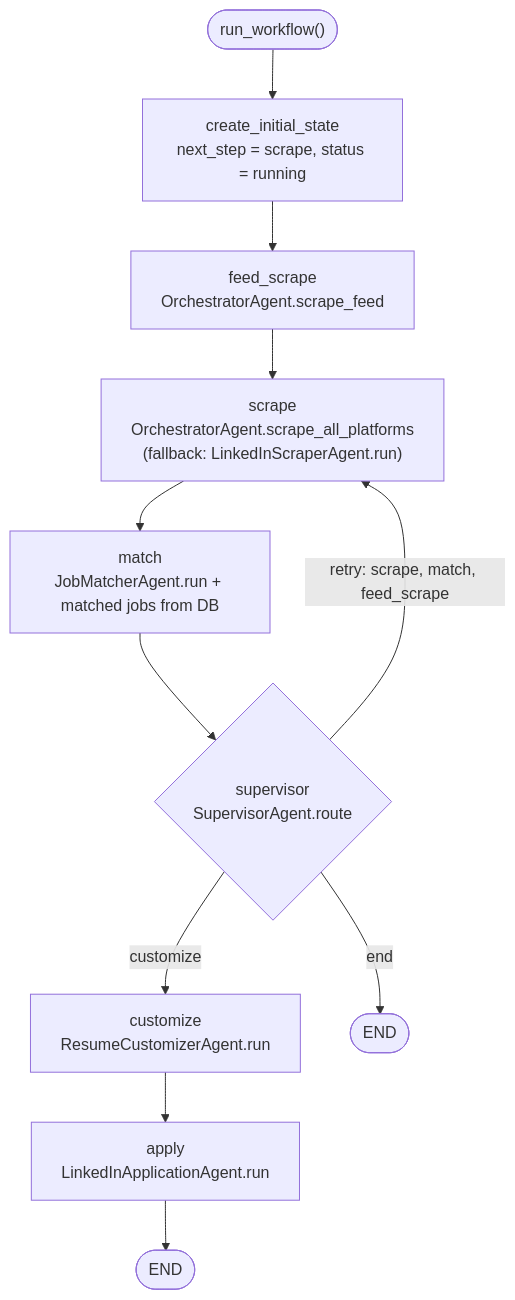
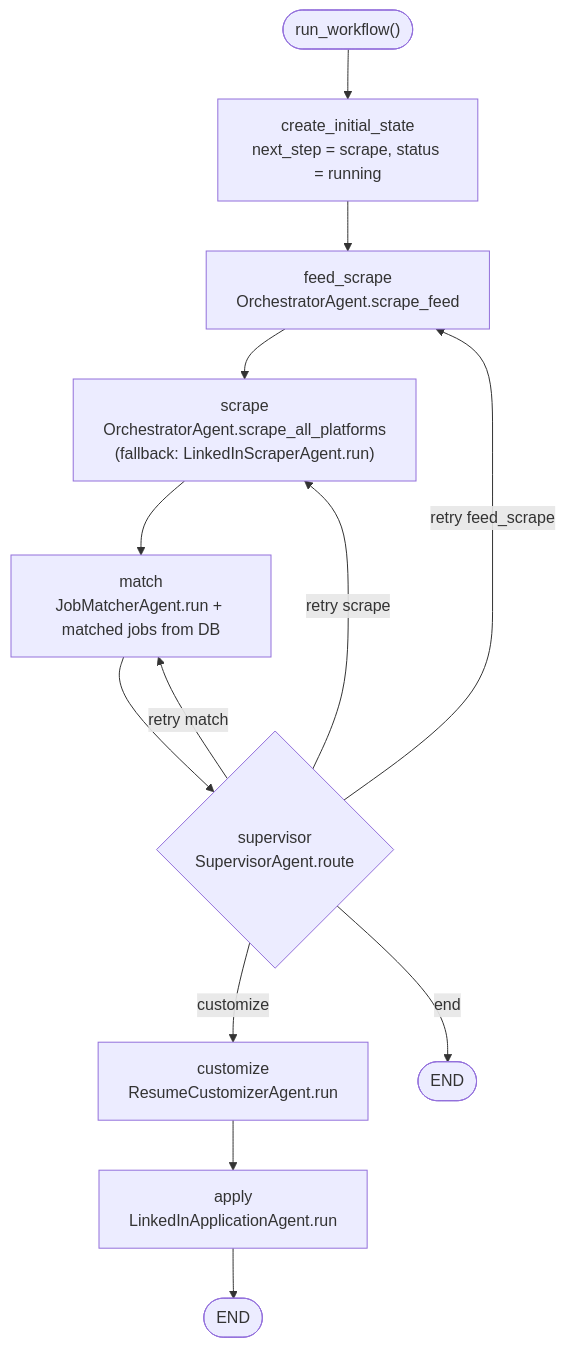
Before and after one commit to KrishnaAnnavaram/springboard: the fifth of 21 diagrams in README.md, drawn with Mermaid. The commit also changed other lines of this file, not shown here.

Commit message:
Add the workflow diagrams to the README

````diff
--- a/README.md
+++ b/README.md
@@ -266,13 +328,15 @@
 ```mermaid
 flowchart TB
     START(["run_workflow()"]) --> INIT["create_initial_state<br/>next_step = scrape, status = running"]
     INIT --> FS["feed_scrape<br/>OrchestratorAgent.scrape_feed"]
     FS --> SC["scrape<br/>OrchestratorAgent.scrape_all_platforms<br/>(fallback: LinkedInScraperAgent.run)"]
     SC --> MA["match<br/>JobMatcherAgent.run + matched jobs from DB"]
     MA --> SV{"supervisor<br/>SupervisorAgent.route"}
     SV -- "customize" --> CU["customize<br/>ResumeCustomizerAgent.run"]
-    SV -- "retry: scrape, match, feed_scrape" --> SC
+    SV -- "retry scrape" --> SC
+    SV -- "retry match" --> MA
+    SV -- "retry feed_scrape" --> FS
     SV -- "end" --> END1([END])
     CU --> AP["apply<br/>LinkedInApplicationAgent.run"]
     AP --> END2([END])
 ```
````
